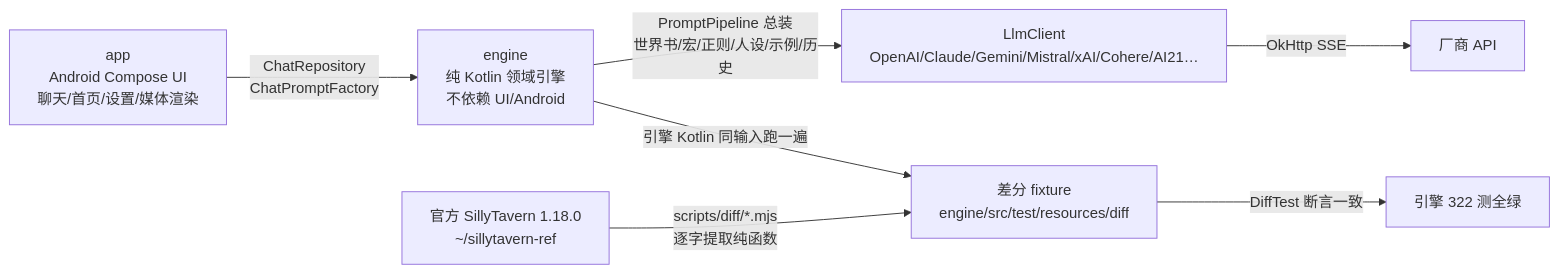
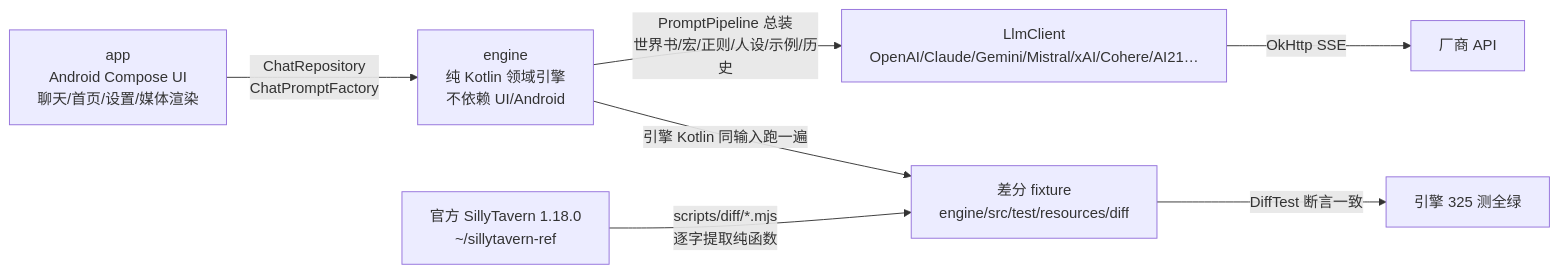
The diagram in docs/HANDOFF.md (heikeyangle-code/ember-inn), drawn with Mermaid before and after one commit. The commit also changed other lines of this file and 12 other files, not shown here.

````diff
--- a/docs/HANDOFF.md
+++ b/docs/HANDOFF.md
@@ -7,9 +7,9 @@
 ```mermaid
 flowchart LR
  A[app<br/>Android Compose UI<br/>聊天/首页/设置/媒体渲染] -->|ChatRepository<br/>ChatPromptFactory| B[engine<br/>纯 Kotlin 领域引擎<br/>不依赖 UI/Android]
  B -->|PromptPipeline 总装<br/>世界书/宏/正则/人设/示例/历史| C[LlmClient<br/>OpenAI/Claude/Gemini/Mistral/xAI/Cohere/AI21…]
  C -->|OkHttp SSE| D[厂商 API]
  E[官方 SillyTavern 1.18.0<br/>~/sillytavern-ref] -->|scripts/diff/*.mjs<br/>逐字提取纯函数| F[差分 fixture<br/>engine/src/test/resources/diff]
  B -->|引擎 Kotlin 同输入跑一遍| F
- F -->|DiffTest 断言一致| G[引擎 322 测全绿]
+ F -->|DiffTest 断言一致| G[引擎 325 测全绿]
 ```
````
